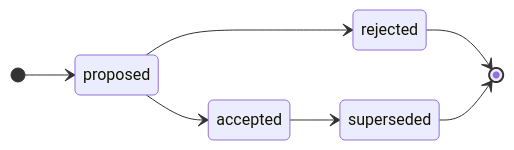
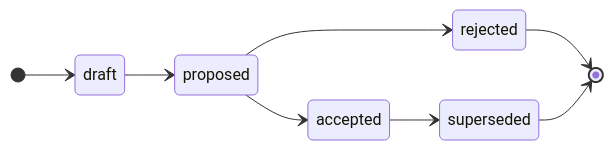
The diagram in CONTRIBUTING.md (kieranpotts/rfc), drawn with Mermaid before and after one commit. The commit also changed other lines of this file and 2 other files, not shown here.

````diff
--- a/CONTRIBUTING.md
+++ b/CONTRIBUTING.md
@@ -83,10 +88,11 @@
 ```mermaid
 stateDiagram-v2
   direction LR
-  [*] --> proposed
+  [*] --> draft
+  draft --> proposed
   proposed --> accepted
   proposed --> rejected
   accepted --> superseded
   rejected --> [*]
   superseded --> [*]
 ```
````
